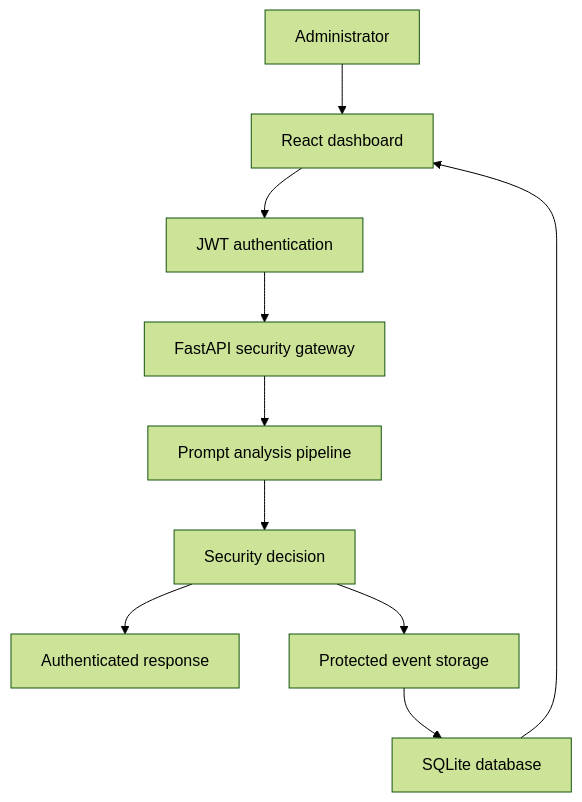
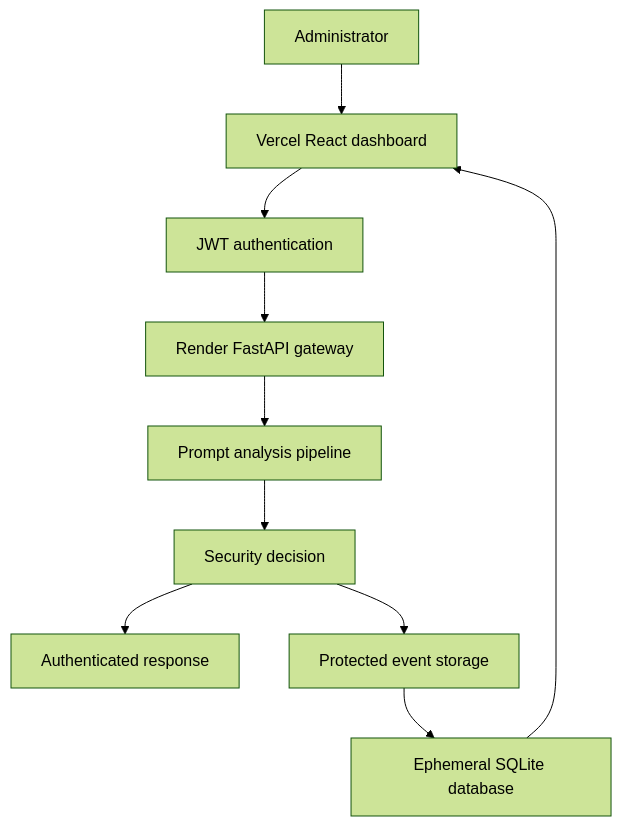
One commit to sreemanbondada-sudo/PromptShield changed the first of 9 diagrams in ARCHITECTURE.md. Above: the diagram before and after it, drawn with Mermaid (forest theme). The commit also changed other lines of this file and 1 other file, not shown here.

````diff
--- a/ARCHITECTURE.md
+++ b/ARCHITECTURE.md
@@ -27,12 +42,12 @@
 ```mermaid
 flowchart TD
-    A[Administrator] --> B[React dashboard]
+    A[Administrator] --> B[Vercel React dashboard]
     B --> C[JWT authentication]
-    C --> D[FastAPI security gateway]
+    C --> D[Render FastAPI gateway]
     D --> E[Prompt analysis pipeline]
     E --> F[Security decision]
     F --> G[Authenticated response]
     F --> H[Protected event storage]
-    H --> I[SQLite database]
+    H --> I[Ephemeral SQLite database]
     I --> B
 ```
````
